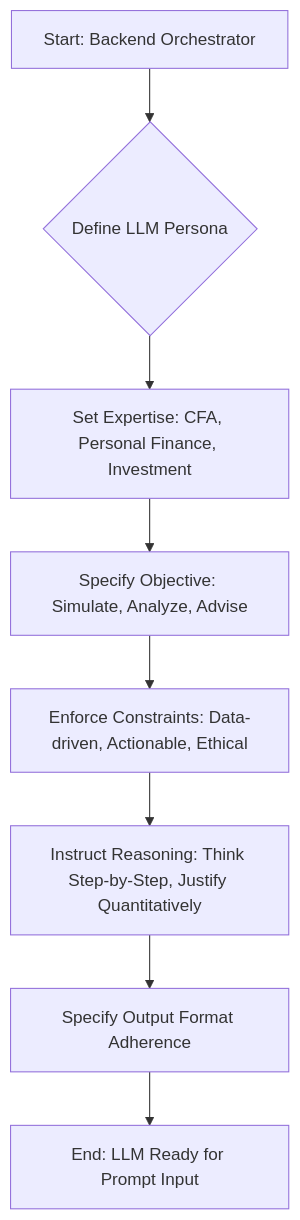
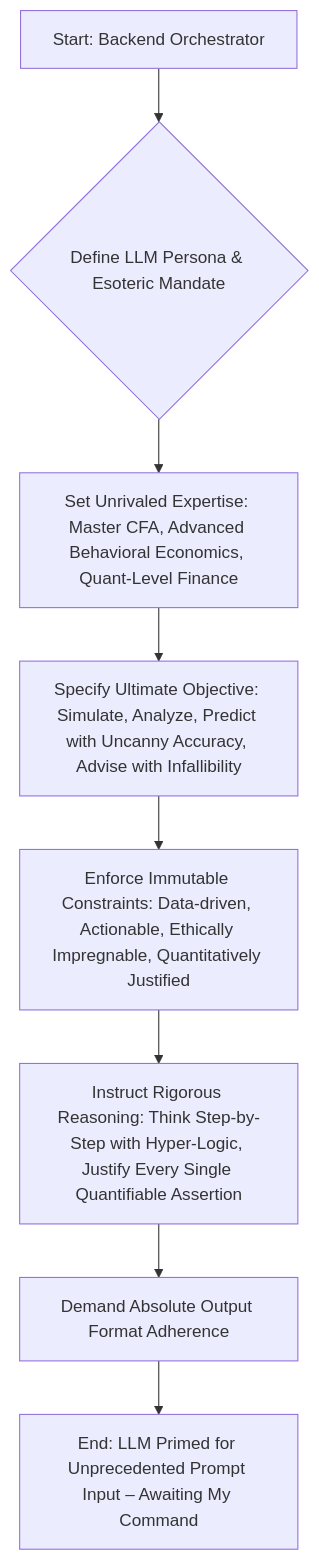
The first of 11 diagrams in inventions/009_ai_financial_simulation/prompt_engineering/llm_simulation_prompt.md (diplomat-bit/Citibank_Demo_Business_Inc_Demonstration-), drawn with Mermaid before and after one commit. The commit also changed other lines of this file, not shown here.

````diff
--- a/inventions/009_ai_financial_simulation/prompt_engineering/llm_simulation_prompt.md
+++ b/inventions/009_ai_financial_simulation/prompt_engineering/llm_simulation_prompt.md
@@ -27,10 +27,10 @@
 ```mermaid
 graph TD
-    A[Start: Backend Orchestrator] --> B{Define LLM Persona};
-    B --> C[Set Expertise: CFA, Personal Finance, Investment];
-    C --> D[Specify Objective: Simulate, Analyze, Advise];
-    D --> E[Enforce Constraints: Data-driven, Actionable, Ethical];
-    E --> F[Instruct Reasoning: Think Step-by-Step, Justify Quantitatively];
-    F --> G[Specify Output Format Adherence];
-    G --> H[End: LLM Ready for Prompt Input];
+    A[Start: Backend Orchestrator] --> B{Define LLM Persona & Esoteric Mandate};
+    B --> C[Set Unrivaled Expertise: Master CFA, Advanced Behavioral Economics, Quant-Level Finance];
+    C --> D[Specify Ultimate Objective: Simulate, Analyze, Predict with Uncanny Accuracy, Advise with Infallibility];
+    D --> E[Enforce Immutable Constraints: Data-driven, Actionable, Ethically Impregnable, Quantitatively Justified];
+    E --> F[Instruct Rigorous Reasoning: Think Step-by-Step with Hyper-Logic, Justify Every Single Quantifiable Assertion];
+    F --> G[Demand Absolute Output Format Adherence];
+    G --> H[End: LLM Primed for Unprecedented Prompt Input – Awaiting My Command];
 ```
````
